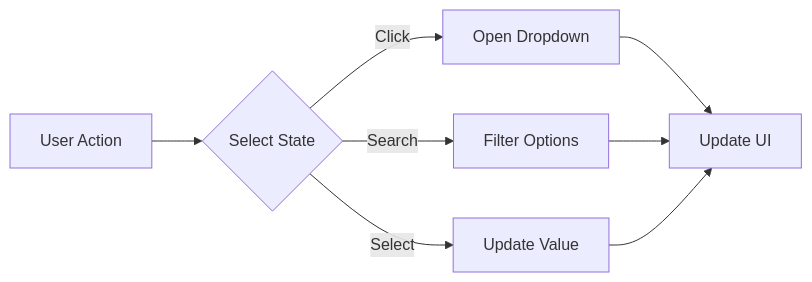
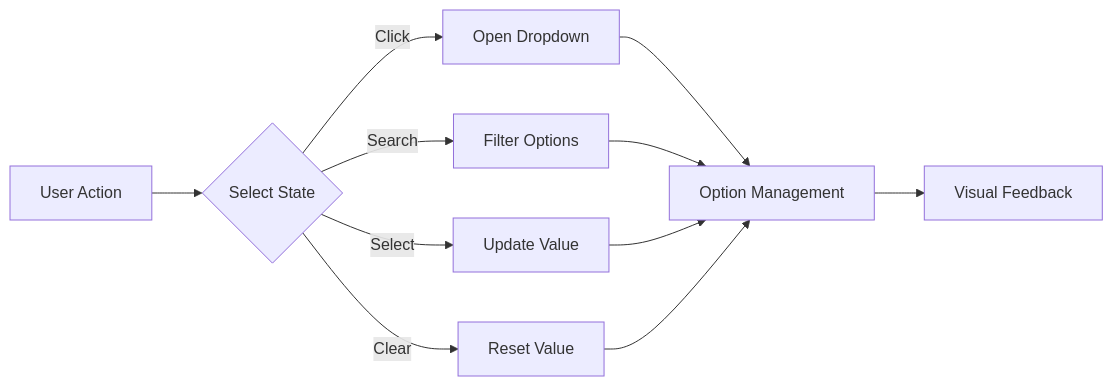
The third of 3 diagrams in DOCS/components/forms/Select.md (gedeza/thrive-send), drawn with Mermaid before and after one commit. The commit also changed other lines of this file and 25 other files, not shown here.

````diff
--- a/DOCS/components/forms/Select.md
+++ b/DOCS/components/forms/Select.md
@@ -110,10 +149,15 @@
 ```mermaid
 graph LR
     A[User Action] --> B{Select State}
     B -->|Click| C[Open Dropdown]
     B -->|Search| D[Filter Options]
     B -->|Select| E[Update Value]
-    C --> F[Update UI]
-    D --> F
-    E --> F
+    B -->|Clear| F[Reset Value]
+    
+    C --> G[Option Management]
+    D --> G
+    E --> G
+    F --> G
+    
+    G --> H[Visual Feedback]
 ```
````
